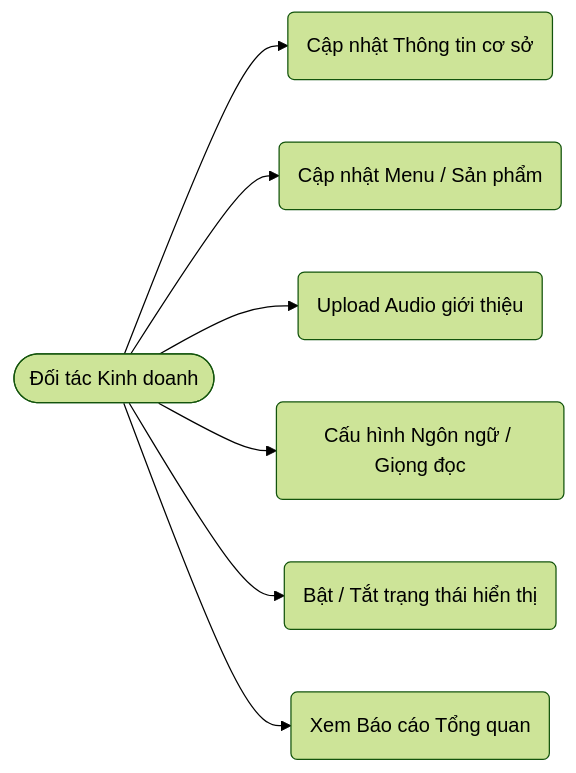
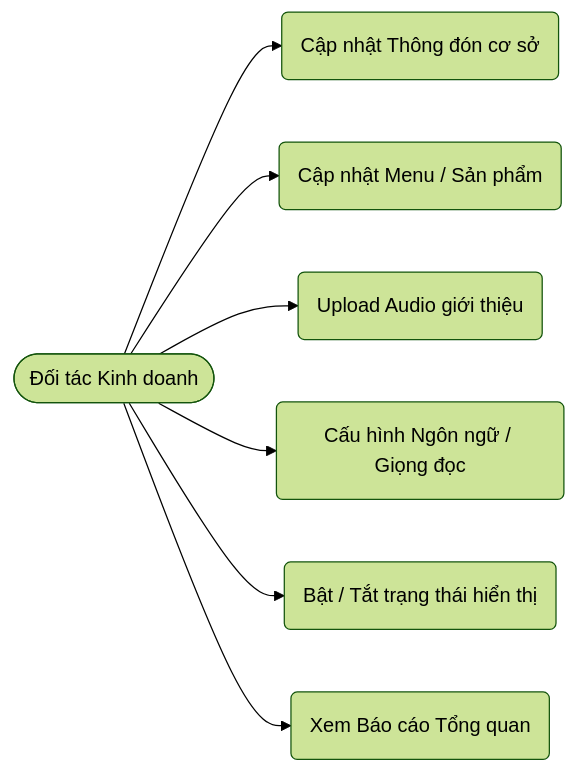
Before and after one commit to akira3175/BuocChanSoiDa: the first of 3 diagrams in docs/PRD/partner.md, drawn with Mermaid (forest theme). The commit also changed other lines of this file and 2 other files, not shown here.

````diff
--- a/docs/PRD/partner.md
+++ b/docs/PRD/partner.md
@@ -36,18 +36,18 @@
 ```mermaid
 flowchart LR
     Partner([Đối tác Kinh doanh])
     
-    UC1(Cập nhật Thông tin cơ sở)
+    UC1(Cập nhật Thông đón cơ sở)
     UC2(Cập nhật Menu / Sản phẩm)
     UC3(Upload Audio giới thiệu)
     UC4(Cấu hình Ngôn ngữ / Giọng đọc)
     UC5(Bật / Tắt trạng thái hiển thị)
     UC6(Xem Báo cáo Tổng quan)
     
     Partner --> UC1
     Partner --> UC2
     Partner --> UC3
     Partner --> UC4
     Partner --> UC5
     Partner --> UC6
 ```
````
